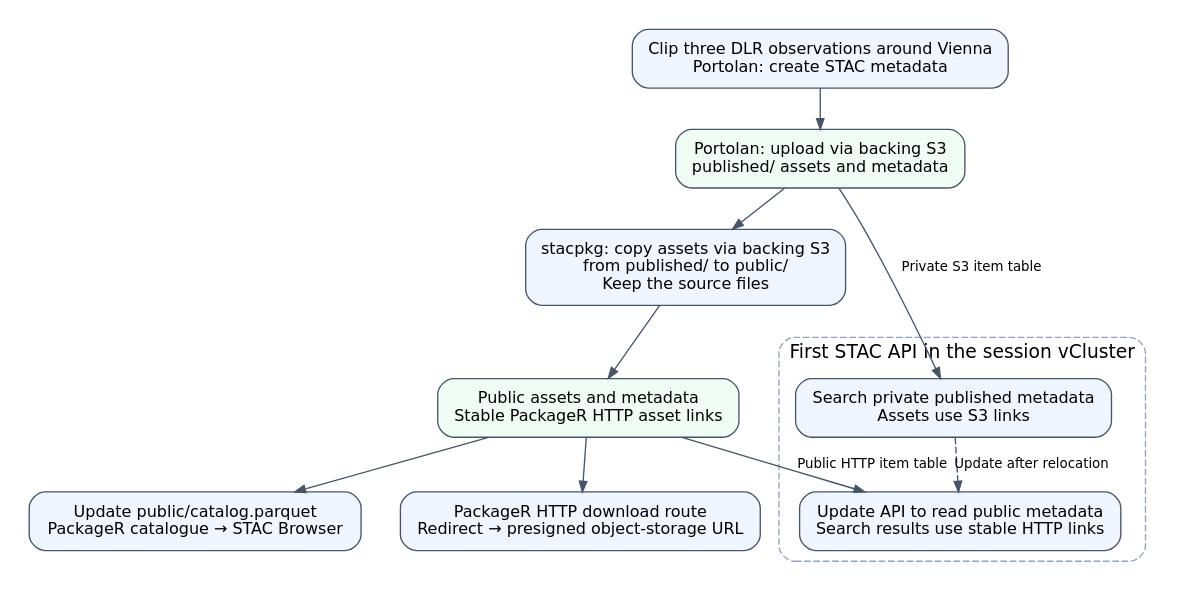
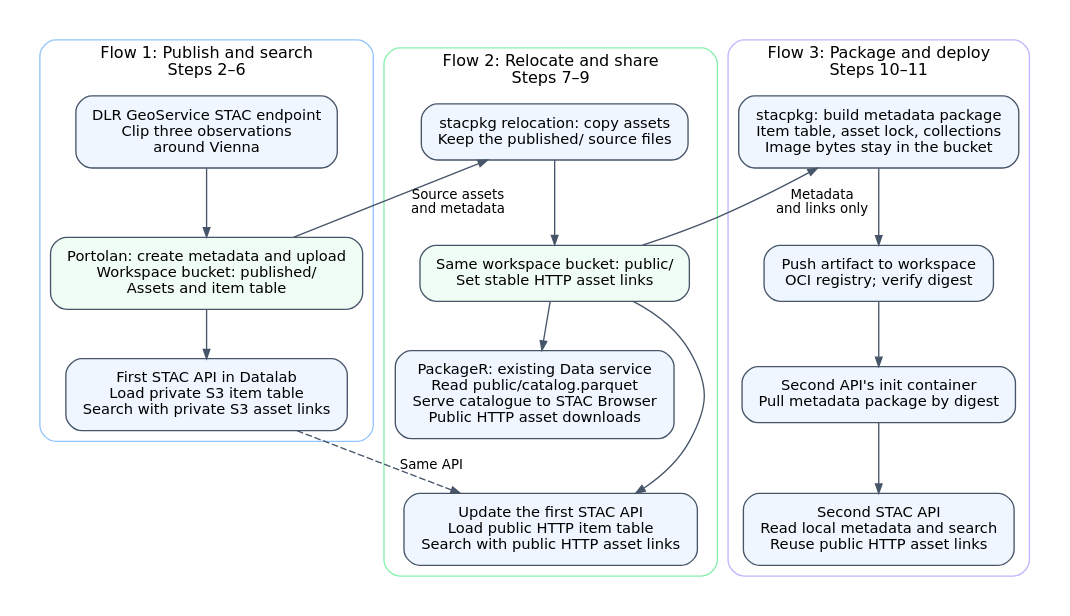
Before and after one commit to EOEPCA/workspace: the diagram in docs/img/register-stac-metadata/data-flow.dot, drawn with Graphviz. The commit also changed 8 other files, not shown here.

Commit message:
improve diagram with 3 flows

```diff
--- a/docs/img/register-stac-metadata/data-flow.dot
+++ b/docs/img/register-stac-metadata/data-flow.dot
@@ -1,28 +1,48 @@
 // Render: dot -Tsvg data-flow.dot -o data-flow.svg
 digraph data_flow {
-    graph [rankdir=TB, bgcolor="white", pad=0.2, nodesep=0.4, ranksep=0.4];
+    graph [rankdir=TB, bgcolor="white", pad=0.2, nodesep=0.3, ranksep=0.4,
+           fontname="DejaVu Sans", fontsize=12, compound=true, newrank=true];
     node [shape=box, style="rounded,filled", fillcolor="#eff6ff",
-          color="#475569", fontname="DejaVu Sans", fontsize=12, margin="0.18,0.12"];
-    edge [color="#475569", fontname="DejaVu Sans", fontsize=10, arrowsize=0.8];
+          color="#475569", fontname="DejaVu Sans", fontsize=11, margin="0.16,0.12"];
+    edge [color="#475569", fontname="DejaVu Sans", fontsize=10, arrowsize=0.7];
 
-    prepare [label="Clip three DLR observations around Vienna\nPortolan: create STAC metadata"];
-    published [label="Portolan: upload via backing S3\npublished/ assets and metadata", fillcolor="#f0fdf4"];
-    relocate [label="stacpkg: copy assets via backing S3\nfrom published/ to public/\nKeep the source files"];
-    public [label="Public assets and metadata\nStable PackageR HTTP asset links", fillcolor="#f0fdf4"];
-    catalogue [label="Update public/catalog.parquet\nPackageR catalogue → STAC Browser"];
-    downloads [label="PackageR HTTP download route\nRedirect → presigned object-storage URL"];
-    subgraph cluster_api {
-        label="First STAC API in the session vCluster";
-        fontname="DejaVu Sans";
-        color="#94a3b8";
-        style="rounded,dashed";
-        private_api [label="Search private published metadata\nAssets use S3 links"];
-        public_api [label="Update API to read public metadata\nSearch results use stable HTTP links"];
-        private_api -> public_api [style=dashed, label="Update after relocation"];
+    subgraph cluster_publish {
+        label="Flow 1: Publish and search\nSteps 2–6";
+        color="#93c5fd";
+        style="rounded";
+        prepare [label="DLR GeoService STAC endpoint\nClip three observations\naround Vienna"];
+        published [label="Portolan: create metadata and upload\nWorkspace bucket: published/\nAssets and item table", fillcolor="#f0fdf4"];
+        private_api [label="First STAC API in Datalab\nLoad private S3 item table\nSearch with private S3 asset links"];
+        prepare -> published -> private_api;
     }
-    prepare -> published -> relocate -> public;
-    published -> private_api [label="Private S3 item table"];
-    public -> public_api [label="Public HTTP item table"];
-    public -> catalogue;
-    public -> downloads;
+
+    subgraph cluster_relocate {
+        label="Flow 2: Relocate and share\nSteps 7–9";
+        color="#86efac";
+        style="rounded";
+        relocate [label="stacpkg relocation: copy assets\nKeep the published/ source files"];
+        public [label="Same workspace bucket: public/\nSet stable HTTP asset links", fillcolor="#f0fdf4"];
+        catalogue [label="PackageR: existing Data service\nRead public/catalog.parquet\nServe catalogue to STAC Browser\nPublic HTTP asset downloads"];
+        public_api [label="Update the first STAC API\nLoad public HTTP item table\nSearch with public HTTP asset links"];
+        relocate -> public;
+        public -> catalogue;
+        public -> public_api;
+        catalogue -> public_api [style=invis];
+    }
+
+    subgraph cluster_package {
+        label="Flow 3: Package and deploy\nSteps 10–11";
+        color="#c4b5fd";
+        style="rounded";
+        package [label="stacpkg: build metadata package\nItem table, asset lock, collections\nImage bytes stay in the bucket"];
+        registry [label="Push artifact to workspace\nOCI registry; verify digest"];
+        init [label="Second API's init container\nPull metadata package by digest"];
+        oci_api [label="Second STAC API\nRead local metadata and search\nReuse public HTTP asset links"];
+        package -> registry -> init -> oci_api;
+    }
+
+    { rank=same; prepare; relocate; package; }
+    published -> relocate [constraint=false, label="Source assets\nand metadata"];
+    public -> package [constraint=false, label="Metadata\nand links only"];
+    private_api -> public_api [style=dashed, constraint=false, label="Same API"];
 }
```
